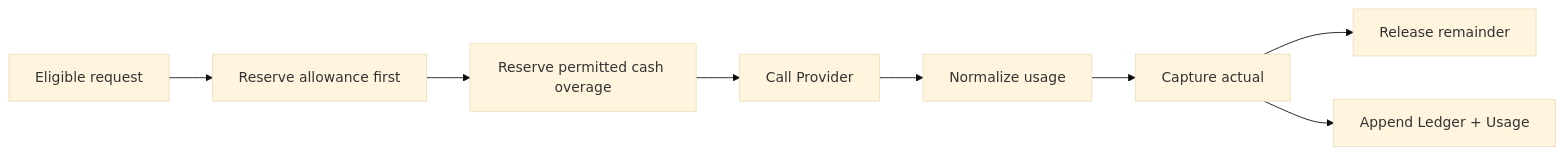
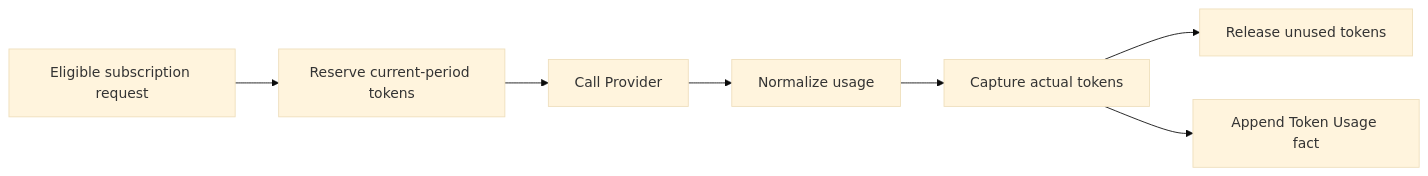
The fourth of 4 diagrams in docs/architecture/ink-dream-memory/06-billing-subscription-gateway-integration.md (glide-the/dream-im-platform), drawn with Mermaid (base theme) before and after one commit. The commit also changed other lines of this file and 53 other files, not shown here.

First line of the commit message:
feat: implement subscription token model with monthly cycle and constraints

````diff
--- a/docs/architecture/ink-dream-memory/06-billing-subscription-gateway-integration.md
+++ b/docs/architecture/ink-dream-memory/06-billing-subscription-gateway-integration.md
@@ -119,10 +125,9 @@
 ```mermaid
 flowchart LR
-  Req["Eligible request"] --> Reserve["Reserve allowance first"]
-  Reserve --> Cash["Reserve permitted cash overage"]
-  Cash --> Provider["Call Provider"]
+  Req["Eligible subscription request"] --> Reserve["Reserve current-period tokens"]
+  Reserve --> Provider["Call Provider"]
   Provider --> Usage["Normalize usage"]
-  Usage --> Capture["Capture actual"]
-  Capture --> Release["Release remainder"]
-  Capture --> Ledger["Append Ledger + Usage"]
+  Usage --> Capture["Capture actual tokens"]
+  Capture --> Release["Release unused tokens"]
+  Capture --> Fact["Append Token Usage fact"]
 ```
````
